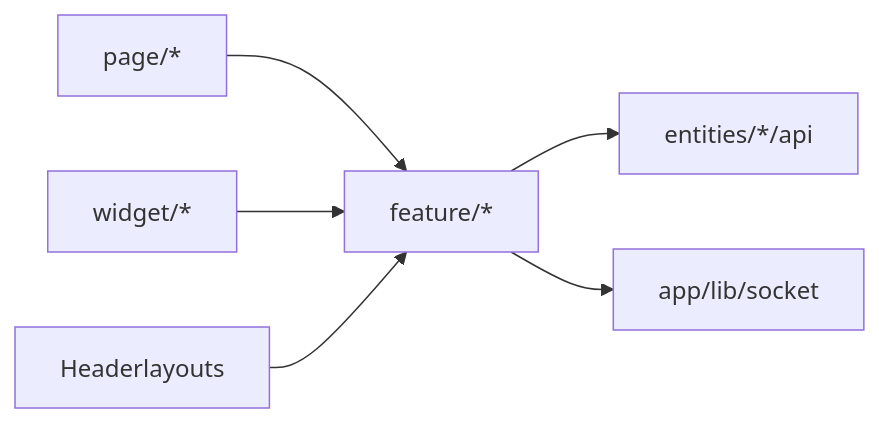
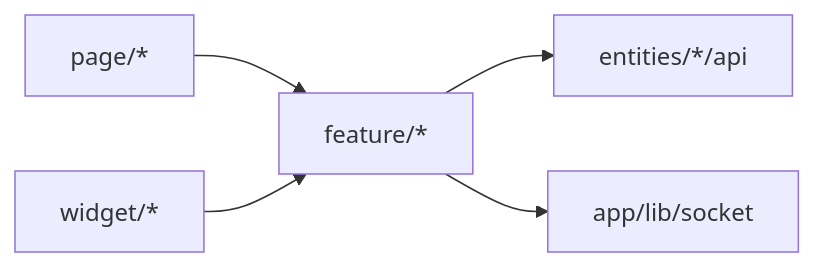
One commit to invatemi/social-network-frontend-react changed the diagram in docs/feature/overview.md. Above: the diagram before and after it, drawn with Mermaid. The commit also changed other lines of this file and 237 other files, not shown here.

````diff
--- a/docs/feature/overview.md
+++ b/docs/feature/overview.md
@@ -40,8 +40,7 @@
 ```mermaid
 flowchart LR
   Page["page/*"] --> Feature["feature/*"]
   Widget["widget/*"] --> Feature
-  Header["Headerlayouts"] --> Feature
   Feature --> Entities["entities/*/api"]
   Feature --> Socket["app/lib/socket"]
 ```
````
